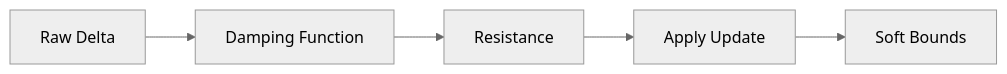
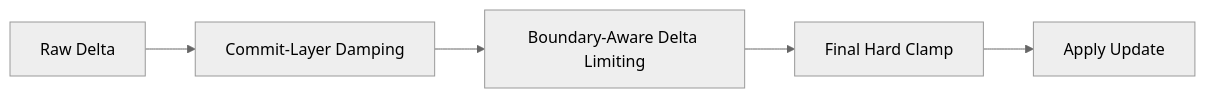
Before and after one commit to soyuz43/I-have-no-mouth-and-my-tokens-must-scream: the sixth of 8 diagrams in README.md, drawn with Mermaid (neutral theme). The commit also changed other lines of this file and 6 other files, not shown here.

First line of the commit message:
docs: reconcile belief-commit pipeline and consolidate comms roadmap

````diff
--- a/README.md
+++ b/README.md
@@ -359,8 +359,8 @@
 ```mermaid
 flowchart LR
 
-DELTA[Raw Delta] --> DAMP[Damping Function]
-DAMP --> RESIST[Resistance]
-RESIST --> APPLY[Apply Update]
-APPLY --> SOFT[Soft Bounds]
+DELTA[Raw Delta] --> DAMP[Commit-Layer Damping]
+DAMP --> LIMIT[Boundary-Aware Delta Limiting]
+LIMIT --> CLAMP[Final Hard Clamp]
+CLAMP --> APPLY[Apply Update]
 ```
````
